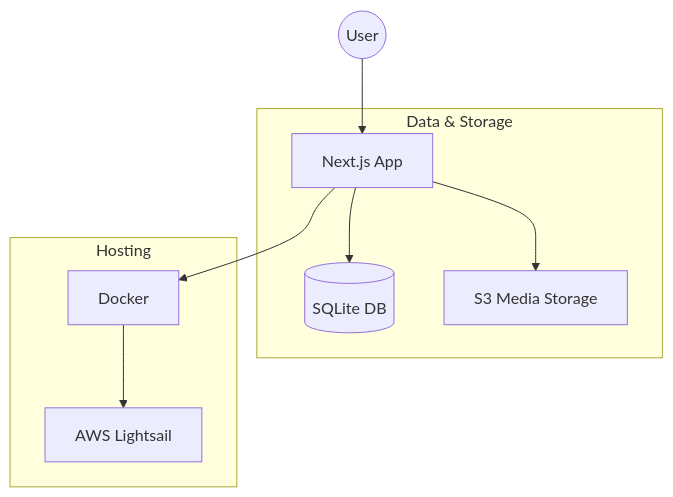
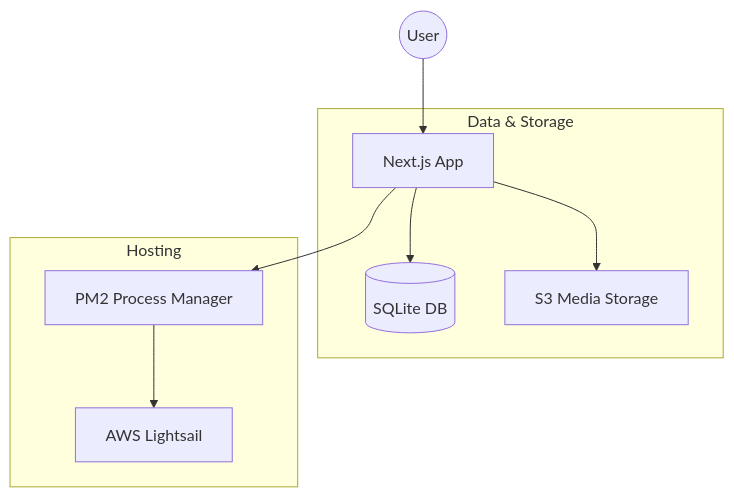
One commit to lanctotsm/Sam2023website changed the diagram in README.md. Above: the diagram before and after it, drawn with Mermaid. The commit also changed other lines of this file, not shown here.

First line of the commit message:
Update README to reflect Node.js standalone deployment instead of Docker

````diff
--- a/README.md
+++ b/README.md
@@ -17,14 +17,14 @@
 ```mermaid
 graph TD
     User((User)) --> NextJS[Next.js App]
     
     subgraph "Data & Storage"
         NextJS --> SQLite[(SQLite DB)]
         NextJS --> S3[S3 Media Storage]
     end
     
     subgraph Hosting
-        NextJS --> Docker[Docker]
-        Docker --> Lightsail[AWS Lightsail]
+        NextJS --> PM2[PM2 Process Manager]
+        PM2 --> Lightsail[AWS Lightsail]
     end
 ```
````
